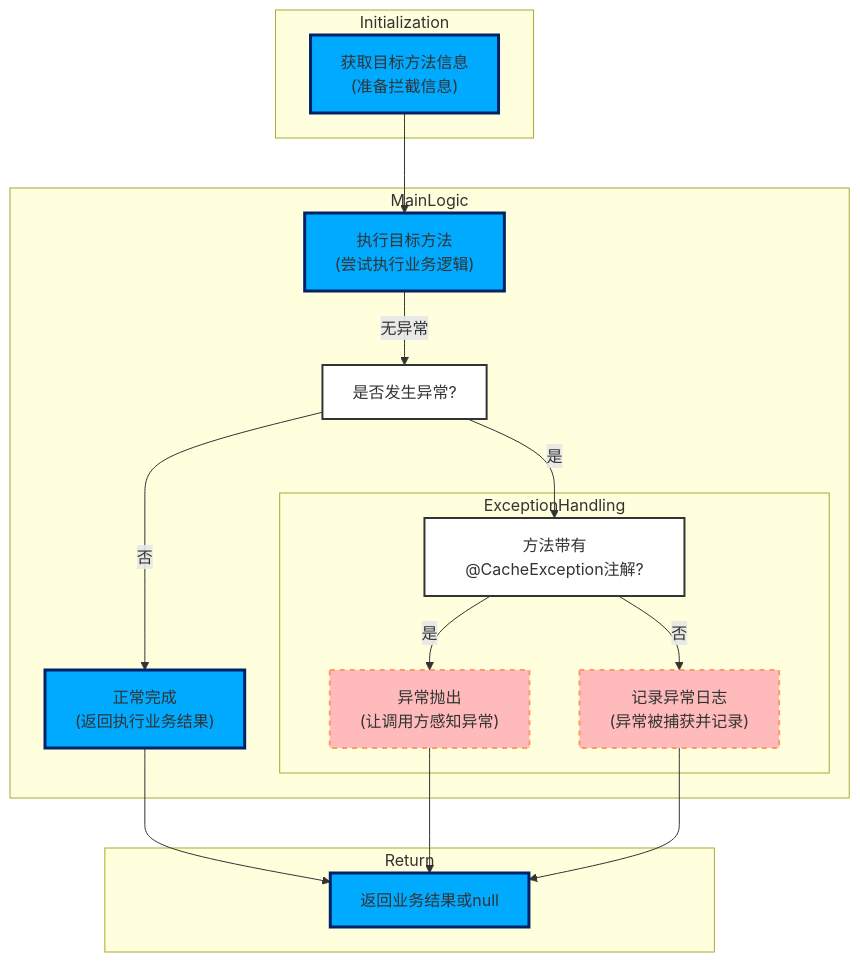
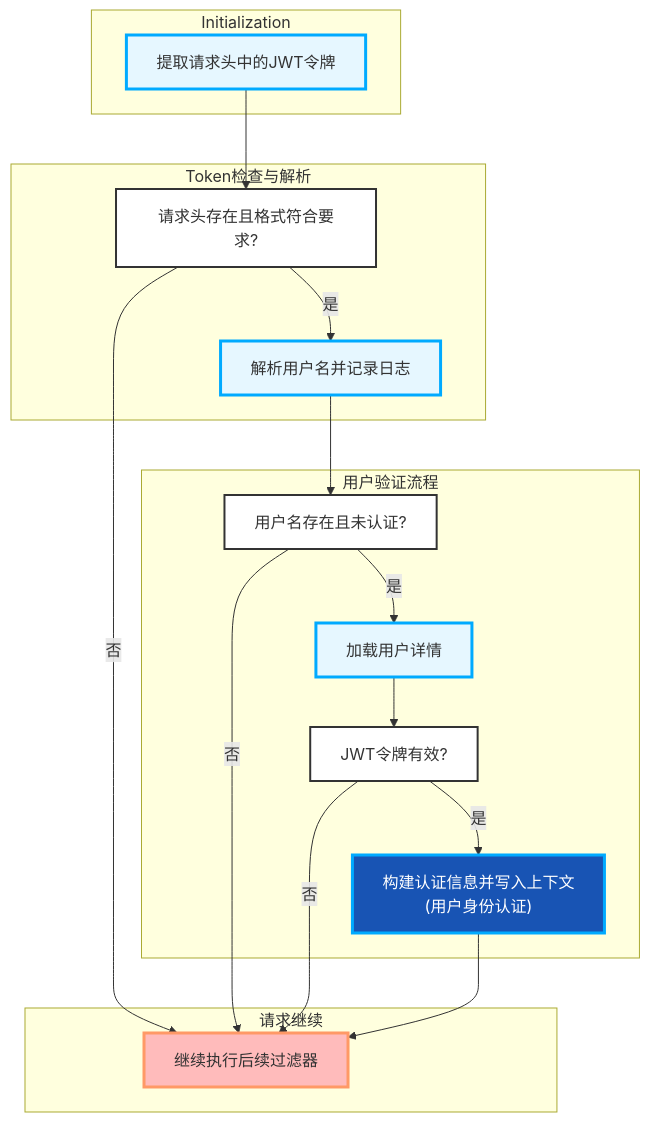
The diagram in graph/cfg_mermaid.md (gyyggyg/java_wiki), drawn with Mermaid before and after one commit. The commit also changed other lines of this file and 20 other files, not shown here.

Commit message:
打通全部工作流，文件名改为中文，优化mermaid图的校验逻辑为node校验

````diff
--- a/graph/cfg_mermaid.md
+++ b/graph/cfg_mermaid.md
@@ -1,37 +1,40 @@
 ```mermaid
 flowchart TD
     direction TB
     subgraph Initialization
-        N1["获取目标方法信息\n(准备拦截信息)"]
-        style N1 fill:#0af,stroke:#026,stroke-width:3px
+        A1["提取请求头中的JWT令牌"]
+        style A1 fill:#e6f7ff,stroke:#0af,stroke-width:3px
     end
-    subgraph MainLogic
-        N2["执行目标方法\n(尝试执行业务逻辑)"]
-        style N2 fill:#0af,stroke:#026,stroke-width:3px
-        D1["是否发生异常? "]
-        style D1 fill:#fff,stroke:#333,stroke-width:2px,shape:diamond
-        N3["正常完成\n(返回执行业务结果)"]
-        style N3 fill:#0af,stroke:#026,stroke-width:3px
-        subgraph ExceptionHandling
-            D2["方法带有@CacheException注解?"]
-            style D2 fill:#fff,stroke:#333,stroke-width:2px,shape:diamond
-            E1["异常抛出\n(让调用方感知异常)"]
-            style E1 fill:#fbb,stroke:#f96,stroke-width:2px,stroke-dasharray:5 5
-            E2["记录异常日志\n(异常被捕获并记录)"]
-            style E2 fill:#fbb,stroke:#f96,stroke-width:2px,stroke-dasharray:5 5
-        end
+    subgraph Token检查与解析
+        B1["请求头存在且格式符合要求?"]
+        style B1 fill:#fff,stroke:#333,stroke-width:2px,shape:diamond
+        B2["解析用户名并记录日志"]
+        style B2 fill:#e6f7ff,stroke:#0af,stroke-width:3px
     end
-    subgraph Return
-        N4["返回业务结果或null"]
-        style N4 fill:#0af,stroke:#026,stroke-width:3px
+    subgraph 用户验证流程
+        C1["用户名存在且未认证?"]
+        style C1 fill:#fff,stroke:#333,stroke-width:2px,shape:diamond
+        C2["加载用户详情"]
+        style C2 fill:#e6f7ff,stroke:#0af,stroke-width:3px
+        C3["JWT令牌有效? "]
+        style C3 fill:#fff,stroke:#333,stroke-width:2px,shape:diamond
+        C4["构建认证信息并写入上下文\n(用户身份认证)"]
+        style C4 fill:#1854b4,stroke:#0af,stroke-width:3px,color:#fff
     end
-    N1 --> N2
-    N2 -- "无异常" --> D1
-    D1 -- "否" --> N3
-    N3 --> N4
-    D1 -- "是" --> D2
-    D2 -- "是" --> E1
-    E1 --> N4
-    D2 -- "否" --> E2
-    E2 --> N4
+    subgraph 请求继续
+        D1["继续执行后续过滤器"]
+        style D1 fill:#fbb,stroke:#f96,stroke-width:3px
+    end
+
+    A1 --> B1
+    B1 -- 是 --> B2
+    B1 -- 否 --> D1
+    B2 --> C1
+    C1 -- 是 --> C2
+    C1 -- 否 --> D1
+    C2 --> C3
+    C3 -- 是 --> C4
+    C3 -- 否 --> D1
+    C4 --> D1
+
 ```
````
